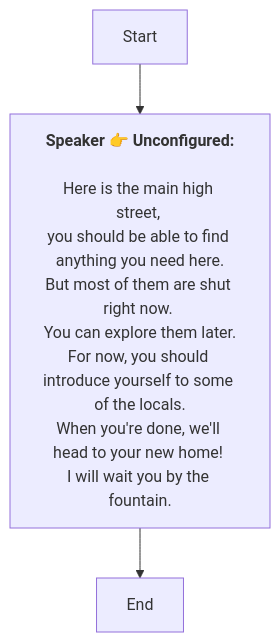
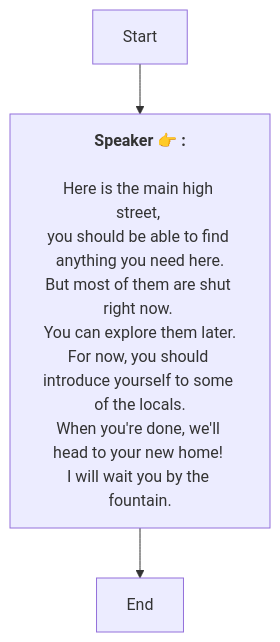
The diagram in En/QuestStartTalkENode_1772261949824200.md (SoftHu/tos_avg), drawn with Mermaid before and after one commit. The commit also changed 737 other files, not shown here.

````diff
--- a/En/QuestStartTalkENode_1772261949824200.md
+++ b/En/QuestStartTalkENode_1772261949824200.md
@@ -1,14 +1,10 @@
 ```mermaid
 graph
-Start -->1772261970121932[<b>Speaker 👉 Unconfigured:</b>
-
-Here is the main high street, 
-you should be able to find anything you need here.
-But most of them are shut right now. 
-You can explore them later.
-For now, you should introduce yourself to some of the locals.
-When you're done, we'll head to your new home! 
+Start -->1772261970121932[<b>Speaker 👉 :</b>
+\nHere is the main high street, 
+you should be able to find anything you need here.\nBut most of them are shut right now. 
+You can explore them later.\nFor now, you should introduce yourself to some of the locals.\nWhen you're done, we'll head to your new home! 
 I will wait you by the fountain.]
 1772261970121932 -->1772261970121933[End]
 
- ```
+```
````
